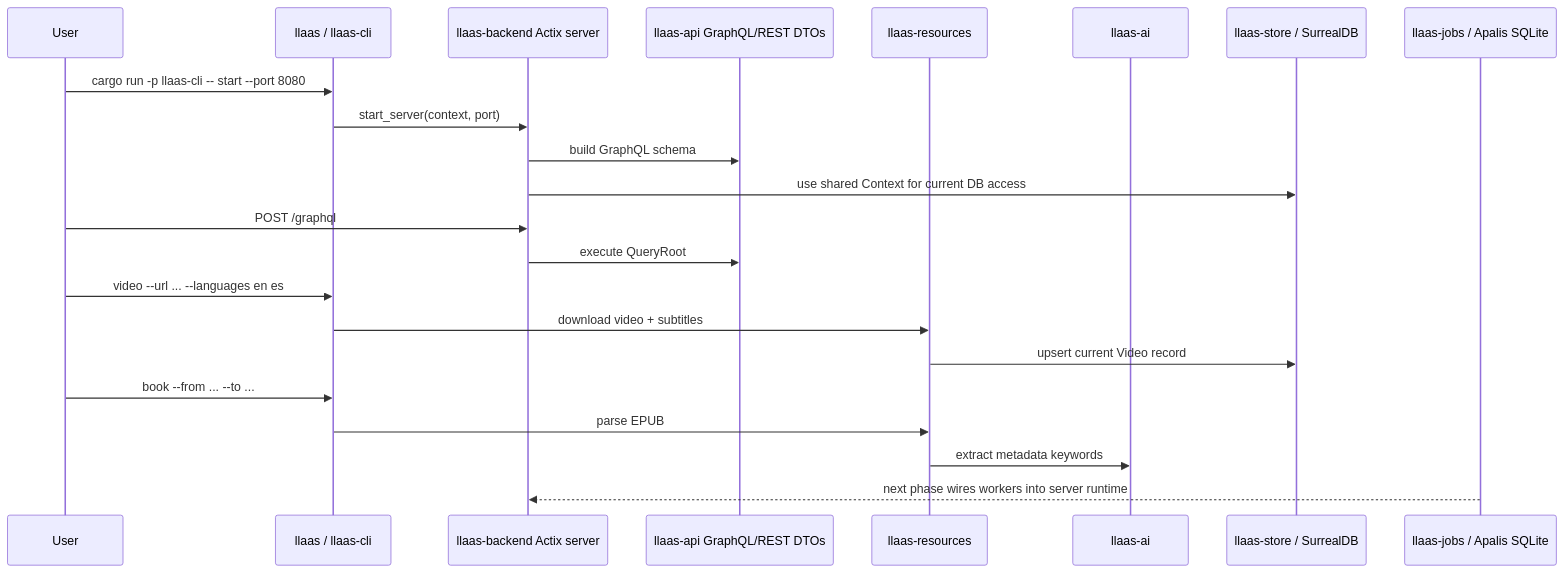
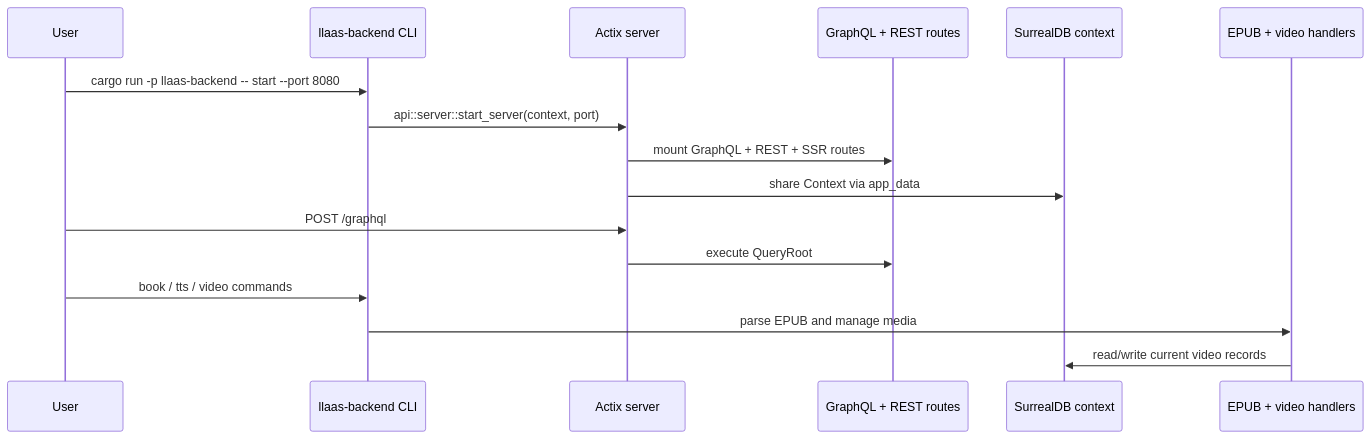
The second of 2 diagrams in README.md (guypeled76/llaas2), drawn with Mermaid before and after one commit. The commit also changed other lines of this file, not shown here.

````diff
--- a/README.md
+++ b/README.md
@@ -57,29 +36,21 @@
 ```mermaid
 sequenceDiagram
     participant User
-    participant CLI as llaas / llaas-cli
-    participant Backend as llaas-backend Actix server
-    participant API as llaas-api GraphQL/REST DTOs
-    participant Resources as llaas-resources
-    participant AI as llaas-ai
-    participant Store as llaas-store / SurrealDB
-    participant Jobs as llaas-jobs / Apalis SQLite
+    participant CLI as llaas-backend CLI
+    participant Backend as Actix server
+    participant API as GraphQL + REST routes
+    participant Store as SurrealDB context
+    participant Resources as EPUB + video handlers
 
-    User->>CLI: cargo run -p llaas-cli -- start --port 8080
-    CLI->>Backend: start_server(context, port)
-    Backend->>API: build GraphQL schema
-    Backend->>Store: use shared Context for current DB access
+    User->>CLI: cargo run -p llaas-backend -- start --port 8080
+    CLI->>Backend: api::server::start_server(context, port)
+    Backend->>API: mount GraphQL + REST + SSR routes
+    Backend->>Store: share Context via app_data
 
     User->>Backend: POST /graphql
     Backend->>API: execute QueryRoot
 
-    User->>CLI: video --url ... --languages en es
-    CLI->>Resources: download video + subtitles
-    Resources->>Store: upsert current Video record
-
-    User->>CLI: book --from ... --to ...
-    CLI->>Resources: parse EPUB
-    Resources->>AI: extract metadata keywords
-
-    Jobs-->>Backend: next phase wires workers into server runtime
+    User->>CLI: book / tts / video commands
+    CLI->>Resources: parse EPUB and manage media
+    Resources->>Store: read/write current video records
 ```
````
